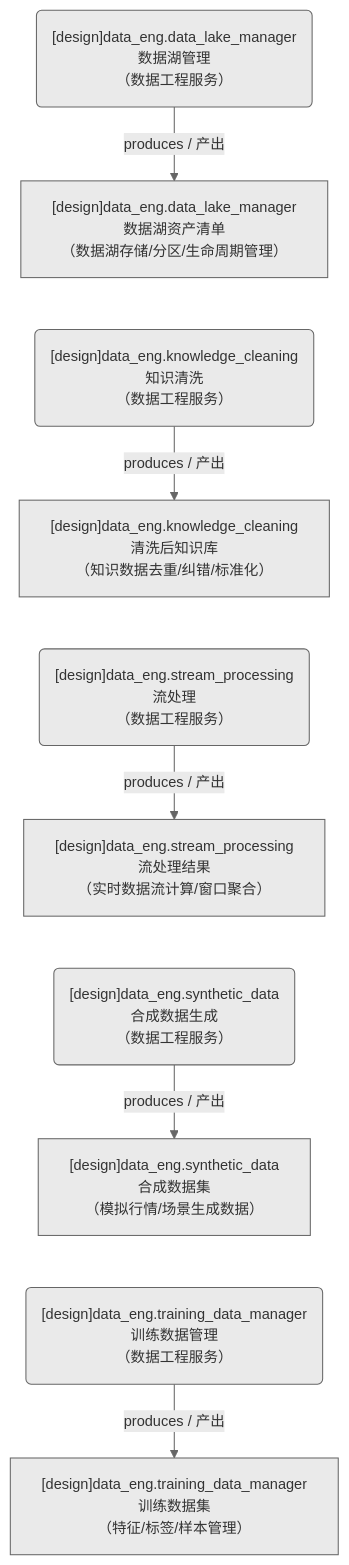
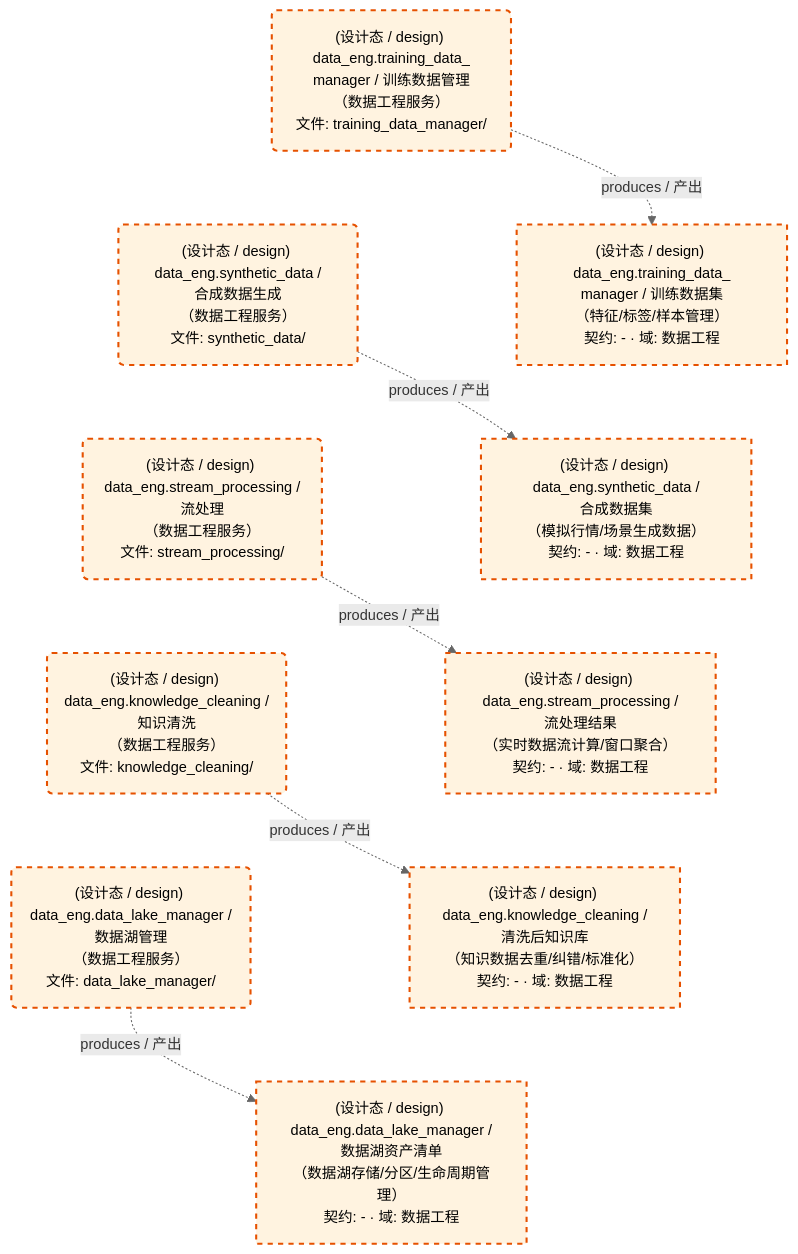
Before and after one commit to xuanFelixVan/ZephyrAlpha: the second of 2 diagrams in docs/02_enterprise_architecture/05_dataflow_architecture/d_data_eng.md, drawn with Mermaid. The commit also changed other lines of this file and 15 other files, not shown here.

First line of the commit message:
feat(dataflow): 数据流图生成器模板 V1.2 全面升级——灰色主题+TD竖排+四要素+预折行+HTML联动

````diff
--- a/docs/02_enterprise_architecture/05_dataflow_architecture/d_data_eng.md
+++ b/docs/02_enterprise_architecture/05_dataflow_architecture/d_data_eng.md
@@ -52,23 +90,32 @@
 ```mermaid
-%%{init: {'theme': 'base', 'themeVariables': {'primaryColor': '#eaeaea', 'primaryTextColor': '#333333', 'primaryBorderColor': '#666666', 'lineColor': '#666666', 'secondaryColor': '#eaeaea', 'tertiaryColor': '#eaeaea', 'fontSize': '14px'}}}%%
+%%{init: {'theme': 'base', 'themeVariables': {'primaryColor': '#eaeaea', 'primaryTextColor': '#333333', 'primaryBorderColor': '#666666', 'lineColor': '#666666', 'secondaryColor': '#eaeaea', 'tertiaryColor': '#eaeaea', 'clusterBkg': 'transparent', 'clusterBorder': 'transparent', 'fontSize': '14px'}}}%%
 flowchart TD
-    DS11258["[design]data_eng.data_lake_manager<br/>数据湖资产清单<br/>（数据湖存储/分区/生命周期管理）"]
-    DS11259["[design]data_eng.knowledge_cleaning<br/>清洗后知识库<br/>（知识数据去重/纠错/标准化）"]
-    DS11260["[design]data_eng.stream_processing<br/>流处理结果<br/>（实时数据流计算/窗口聚合）"]
-    DS11261["[design]data_eng.synthetic_data<br/>合成数据集<br/>（模拟行情/场景生成数据）"]
-    DS11262["[design]data_eng.training_data_manager<br/>训练数据集<br/>（特征/标签/样本管理）"]
-    JOB757622("[design]data_eng.data_lake_manager<br/>数据湖管理<br/>（数据工程服务）")
-    JOB757623("[design]data_eng.knowledge_cleaning<br/>知识清洗<br/>（数据工程服务）")
-    JOB757624("[design]data_eng.stream_processing<br/>流处理<br/>（数据工程服务）")
-    JOB757625("[design]data_eng.synthetic_data<br/>合成数据生成<br/>（数据工程服务）")
-    JOB757626("[design]data_eng.training_data_manager<br/>训练数据管理<br/>（数据工程服务）")
-    JOB757622 -->|produces / 产出| DS11258
-    JOB757623 -->|produces / 产出| DS11259
-    JOB757624 -->|produces / 产出| DS11260
-    JOB757625 -->|produces / 产出| DS11261
-    JOB757626 -->|produces / 产出| DS11262
-    DS11258 ~~~ JOB757623
-    DS11259 ~~~ JOB757624
-    DS11260 ~~~ JOB757625
-    DS11261 ~~~ JOB757626
+    DS11258["(设计态 / design) data_eng.data_lake_manager /<br/>数据湖资产清单<br/>（数据湖存储/分区/生命周期管理）<br/>契约: - · 域: 数据工程"]
+    DS11259["(设计态 / design) data_eng.knowledge_cleaning /<br/>清洗后知识库<br/>（知识数据去重/纠错/标准化）<br/>契约: - · 域: 数据工程"]
+    DS11260["(设计态 / design) data_eng.stream_processing /<br/>流处理结果<br/>（实时数据流计算/窗口聚合）<br/>契约: - · 域: 数据工程"]
+    DS11261["(设计态 / design) data_eng.synthetic_data /<br/>合成数据集<br/>（模拟行情/场景生成数据）<br/>契约: - · 域: 数据工程"]
+    DS11262["(设计态 / design) data_eng.training_data_<br/>manager / 训练数据集<br/>（特征/标签/样本管理）<br/>契约: - · 域: 数据工程"]
+    JOB757622("(设计态 / design) data_eng.data_lake_manager /<br/>数据湖管理<br/>（数据工程服务）<br/>文件: data_lake_manager/")
+    JOB757623("(设计态 / design) data_eng.knowledge_cleaning /<br/>知识清洗<br/>（数据工程服务）<br/>文件: knowledge_cleaning/")
+    JOB757624("(设计态 / design) data_eng.stream_processing /<br/>流处理<br/>（数据工程服务）<br/>文件: stream_processing/")
+    JOB757625("(设计态 / design) data_eng.synthetic_data /<br/>合成数据生成<br/>（数据工程服务）<br/>文件: synthetic_data/")
+    JOB757626("(设计态 / design) data_eng.training_data_<br/>manager / 训练数据管理<br/>（数据工程服务）<br/>文件: training_data_manager/")
+    JOB757622 -.->|produces / 产出| DS11258
+    JOB757623 -.->|produces / 产出| DS11259
+    JOB757624 -.->|produces / 产出| DS11260
+    JOB757625 -.->|produces / 产出| DS11261
+    JOB757626 -.->|produces / 产出| DS11262
+    JOB757626 ~~~ JOB757625
+    JOB757625 ~~~ JOB757624
+    JOB757624 ~~~ JOB757623
+    JOB757623 ~~~ JOB757622
+    DS11262 ~~~ DS11261
+    DS11261 ~~~ DS11260
+    DS11260 ~~~ DS11259
+    DS11259 ~~~ DS11258
+    classDef production fill:#e1f5fe,stroke:#01579b,stroke-width:2px,color:#000
+    classDef design fill:#fff3e0,stroke:#e65100,stroke-width:2px,color:#000,stroke-dasharray: 5 5
+    classDef external_prod fill:#e8f4fd,stroke:#0277bd,stroke-width:1px,color:#000
+    classDef external_design fill:#fff8e7,stroke:#ef6c00,stroke-width:1px,color:#000,stroke-dasharray: 5 5
+    class DS11258,DS11259,DS11260,DS11261,DS11262,JOB757622,JOB757623,JOB757624,JOB757625,JOB757626 design
 ```
````
